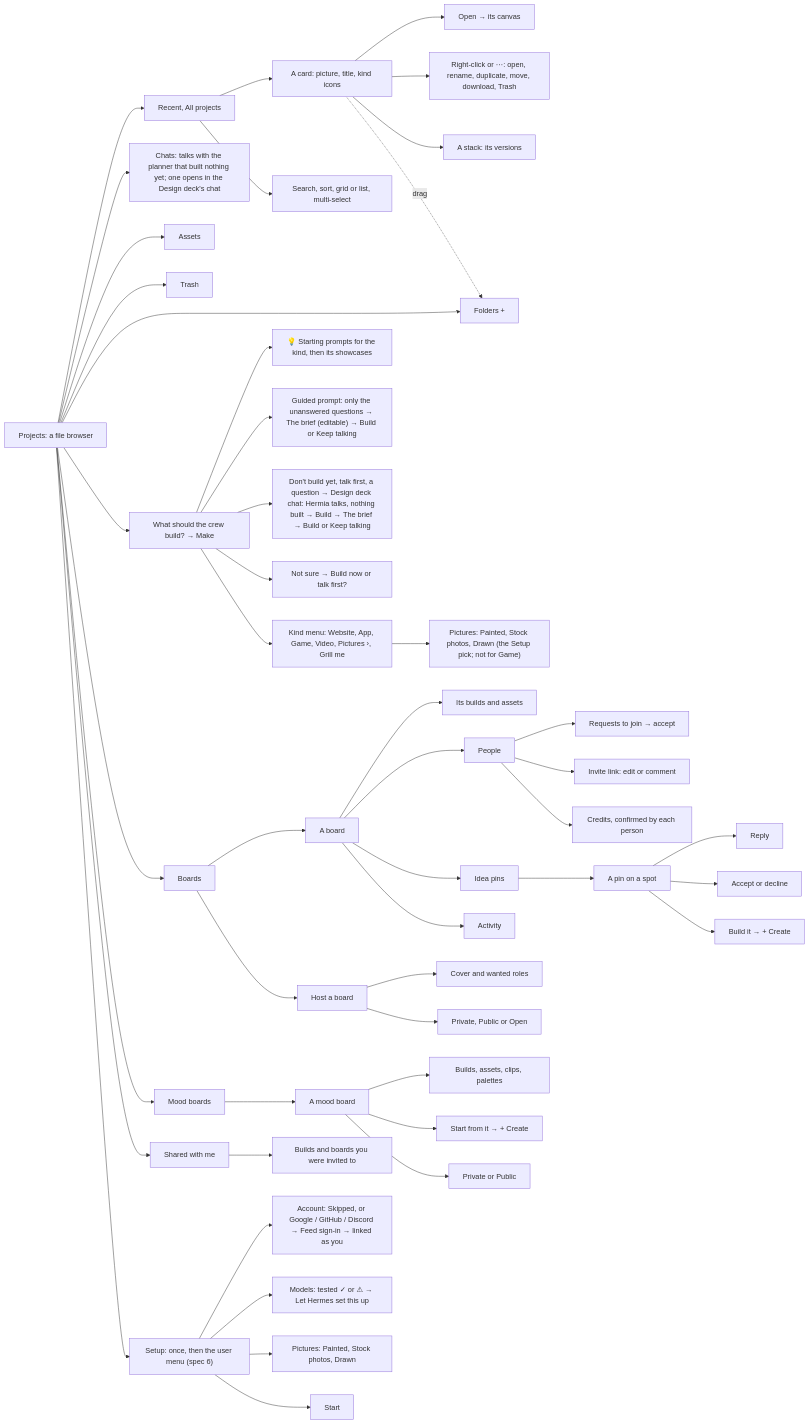
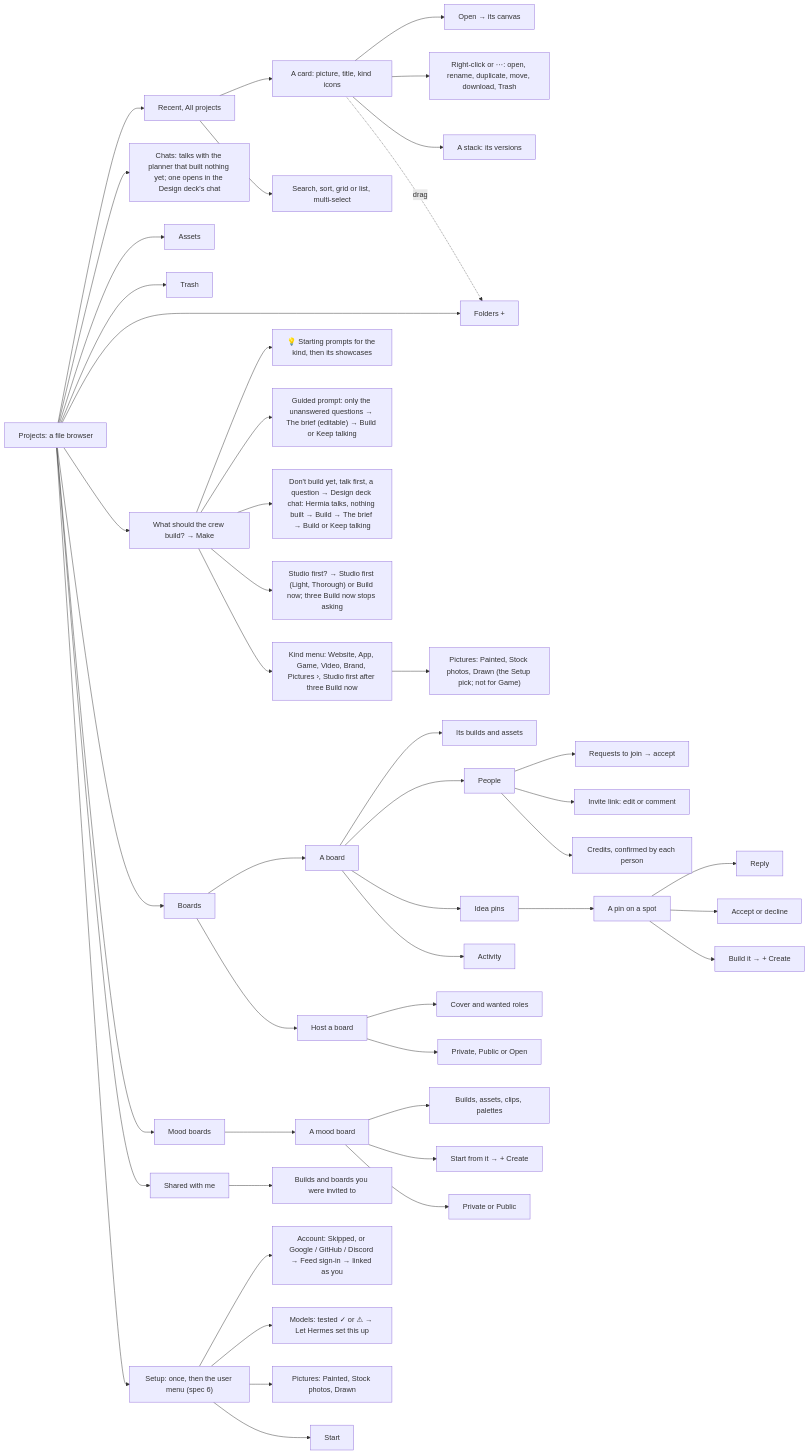
The seventh of 26 diagrams in docs/ux/SITEMAP.md (Pukujan/swarm-studio), drawn with Mermaid before and after one commit. The commit also changed 5 other files, not shown here.

First line of the commit message:
Make asks Studio first or Build now (spec 37, slice 1)

````diff
--- a/docs/ux/SITEMAP.md
+++ b/docs/ux/SITEMAP.md
@@ -193,49 +193,49 @@
 ```mermaid
 flowchart LR
   PROJ[Projects: a file browser] --> MB["Recent, All projects"]
   PROJ --> CH["Chats: talks with the planner that built nothing yet; one opens in the Design deck's chat"]
   PROJ --> AS[Assets]
   PROJ --> TR[Trash]
   PROJ --> FO["Folders +"]
   PROJ --> ASK["What should the crew build? → Make"]
   ASK --> SC["💡 Starting prompts for the kind, then its showcases"]
   ASK --> GR["Guided prompt: only the unanswered questions → The brief (editable) → Build or Keep talking"]
   ASK --> TK["Don't build yet, talk first, a question → Design deck chat: Hermia talks, nothing built → Build → The brief → Build or Keep talking"]
-  ASK --> TU["Not sure → Build now or talk first?"]
-  ASK --> KM["Kind menu: Website, App, Game, Video, Pictures ›, Grill me"]
+  ASK --> TU["Studio first? → Studio first (Light, Thorough) or Build now; three Build now stops asking"]
+  ASK --> KM["Kind menu: Website, App, Game, Video, Brand, Pictures ›, Studio first after three Build now"]
   KM --> KMP["Pictures: Painted, Stock photos, Drawn (the Setup pick; not for Game)"]
   PROJ --> BD[Boards]
   PROJ --> MO[Mood boards]
   PROJ --> SW[Shared with me]
   PROJ --> SU["Setup: once, then the user menu (spec 6)"]
   SU --> SU0["Account: Skipped, or Google / GitHub / Discord → Feed sign-in → linked as you"]
   SU --> SU1["Models: tested ✓ or ⚠ → Let Hermes set this up"]
   SU --> SU2["Pictures: Painted, Stock photos, Drawn"]
   SU --> SU3[Start]
   MB --> ST["A card: picture, title, kind icons"]
   MB --> MS["Search, sort, grid or list, multi-select"]
   ST --> ORB["Open → its canvas"]
   ST --> RM["Right-click or ⋯: open, rename, duplicate, move, download, Trash"]
   ST --> VS["A stack: its versions"]
   ST -.->|drag| FO
   BD --> BO[A board]
   BD --> BN[Host a board]
   BN --> BN1["Cover and wanted roles"]
   BN --> BN2["Private, Public or Open"]
   BO --> BW["Its builds and assets"]
   BO --> BP[People]
   BO --> BI[Idea pins]
   BO --> BA[Activity]
   BP --> BP1["Requests to join → accept"]
   BP --> BP2["Invite link: edit or comment"]
   BP --> BP3["Credits, confirmed by each person"]
   BI --> PIN[A pin on a spot]
   PIN --> PIN1[Reply]
   PIN --> PIN2[Accept or decline]
   PIN --> PIN3["Build it → + Create"]
   MO --> MOB[A mood board]
   MOB --> MOI["Builds, assets, clips, palettes"]
   MOB --> MOS["Start from it → + Create"]
   MOB --> MOV["Private or Public"]
   SW --> SWB["Builds and boards you were invited to"]
 ```
````
